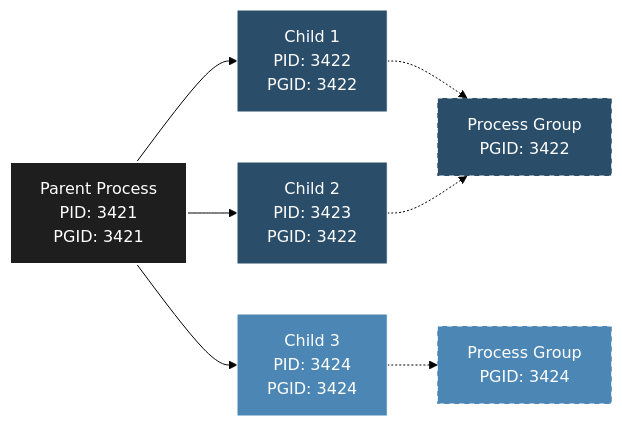
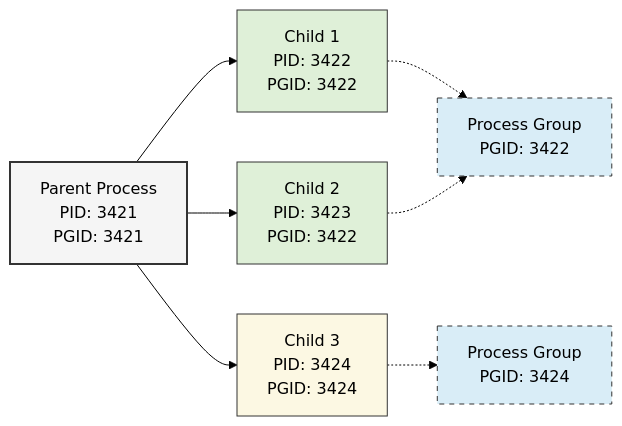
One commit to Ananya-Addisu/Endless-OS changed the ninth of 9 diagrams in README.md. Above: the diagram before and after it, drawn with Mermaid (forest theme). The commit also changed other lines of this file, not shown here.

````diff
--- a/README.md
+++ b/README.md
@@ -680,17 +667,17 @@
 ```mermaid
 graph LR
     A[Parent Process<br>PID: 3421<br>PGID: 3421] --> B[Child 1<br>PID: 3422<br>PGID: 3422]
     A --> C[Child 2<br>PID: 3423<br>PGID: 3422]
     A --> D[Child 3<br>PID: 3424<br>PGID: 3424]
     
     B -.-> E[Process Group<br>PGID: 3422]
     C -.-> E
     D -.-> F[Process Group<br>PGID: 3424]
     
-    style A fill:#1E1E1E,stroke:#FFF,stroke-width:2px,color:#FFF
-    style B fill:#2A4D69,stroke:#FFF,stroke-width:1px,color:#FFF
-    style C fill:#2A4D69,stroke:#FFF,stroke-width:1px,color:#FFF
-    style D fill:#4B86B4,stroke:#FFF,stroke-width:1px,color:#FFF
-    style E fill:#2A4D69,stroke:#FFF,stroke-width:1px,color:#FFF,stroke-dasharray: 5 5
-    style F fill:#4B86B4,stroke:#FFF,stroke-width:1px,color:#FFF,stroke-dasharray: 5 5
+    style A fill:#f5f5f5,stroke:#333,stroke-width:2px
+    style B fill:#dff0d8,stroke:#333,stroke-width:1px
+    style C fill:#dff0d8,stroke:#333,stroke-width:1px
+    style D fill:#fcf8e3,stroke:#333,stroke-width:1px
+    style E fill:#d9edf7,stroke:#333,stroke-width:1px,stroke-dasharray: 5 5
+    style F fill:#d9edf7,stroke:#333,stroke-width:1px,stroke-dasharray: 5 5
 ```
````
